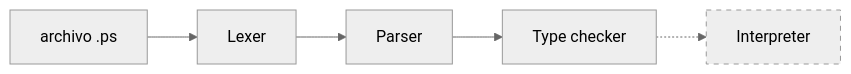
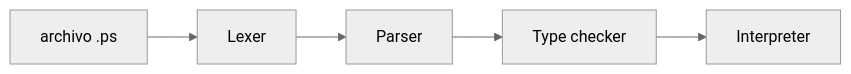
The diagram in README.md (G16IS/print-script), drawn with Mermaid (neutral theme) before and after one commit. The commit also changed other lines of this file and 45 other files, not shown here.

````diff
--- a/README.md
+++ b/README.md
@@ -50,9 +50,7 @@
 ```mermaid
 flowchart LR
     A["archivo .ps"] --> B["Lexer"]
     B --> C["Parser"]
     C --> D["Type checker"]
-    D -.-> E["Interpreter"]
-
-    style E stroke-dasharray: 5 5
+    D --> E["Interpreter"]
 ```
````
